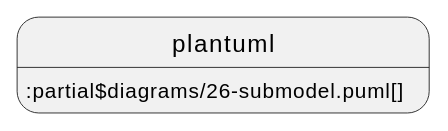
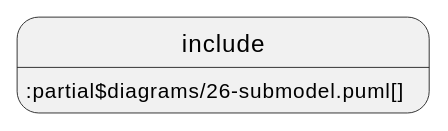
The third of 4 diagrams in documentation/IDTA-01001/modules/ROOT/pages/spec-metamodel/core.adoc (acplt/aas-specs), drawn with PlantUML before and after one commit. The commit also changed other lines of this file and 14 other files, not shown here.

First line of the commit message:
Revert "Use plantuml instead of include and test ./"

```diff
--- a/documentation/IDTA-01001/modules/ROOT/pages/spec-metamodel/core.adoc
+++ b/documentation/IDTA-01001/modules/ROOT/pages/spec-metamodel/core.adoc
@@ -244,4 +244,4 @@
 [plantuml, 26-submodel, svg]
 ....
-plantuml::partial$diagrams/26-submodel.puml[]
+include::partial$diagrams/26-submodel.puml[]
 ....
```
